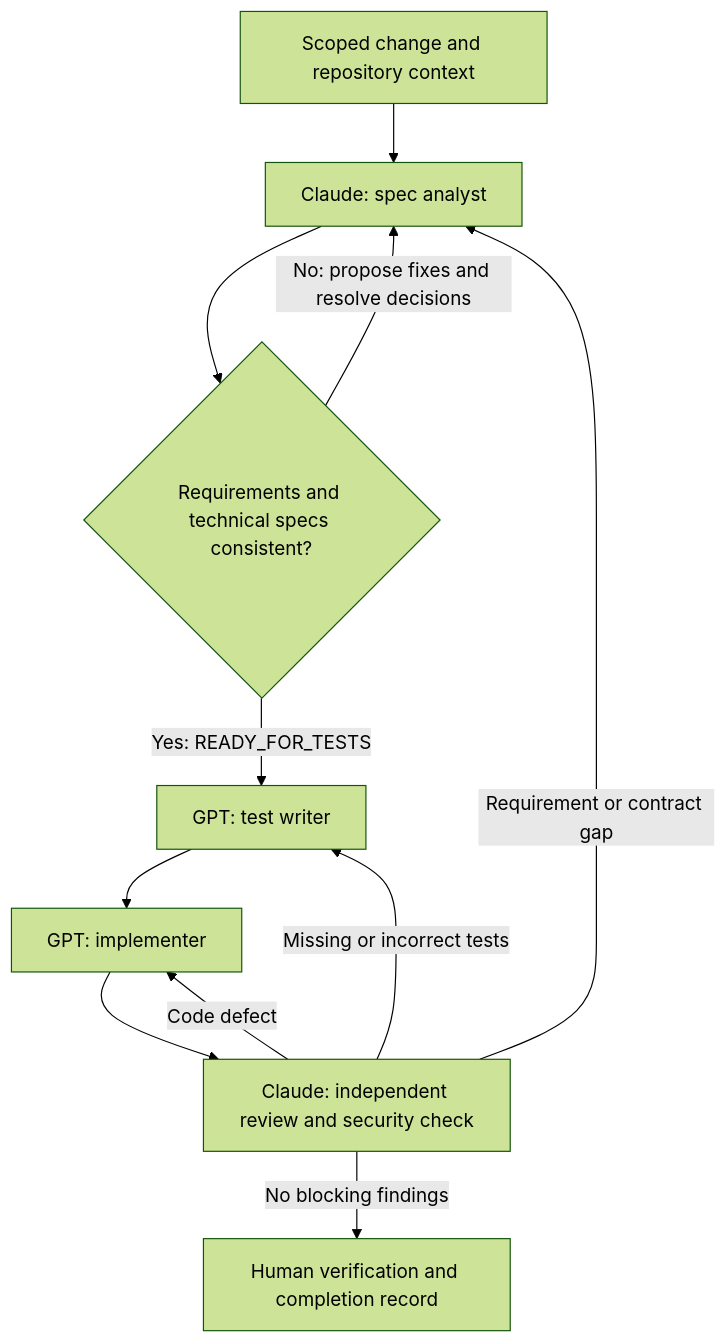
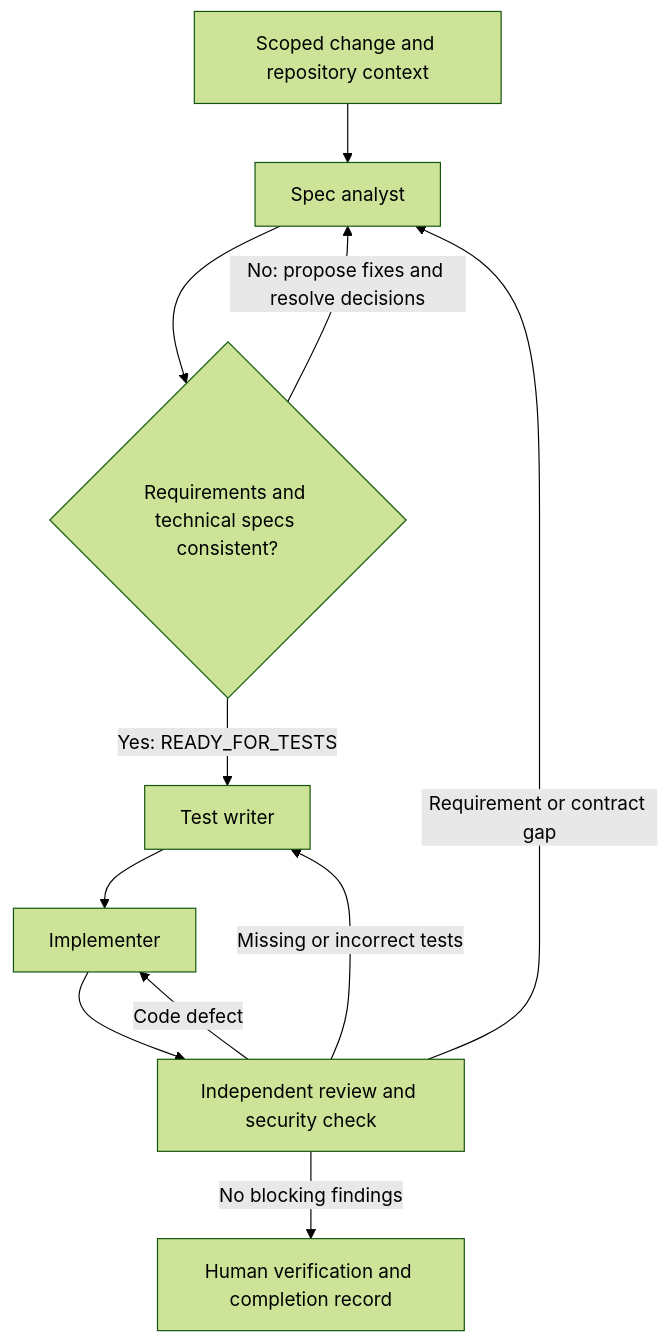
One commit to CS3227-2610-MP3-UniChope/CS3227-2610-MP3 changed the diagram in workflow/student/NOTE.md. Above: the diagram before and after it, drawn with Mermaid (forest theme). The commit also changed other lines of this file and 15 other files, not shown here.

````diff
--- a/workflow/student/NOTE.md
+++ b/workflow/student/NOTE.md
@@ -86,13 +86,13 @@
 ```mermaid
 flowchart TD
-    A[Scoped change and repository context] --> B[Claude: spec analyst]
+    A[Scoped change and repository context] --> B[Spec analyst]
     B --> C{Requirements and technical specs consistent?}
     C -->|No: propose fixes and resolve decisions| B
-    C -->|Yes: READY_FOR_TESTS| D[GPT: test writer]
-    D --> E[GPT: implementer]
-    E --> F[Claude: independent review and security check]
+    C -->|Yes: READY_FOR_TESTS| D[Test writer]
+    D --> E[Implementer]
+    E --> F[Independent review and security check]
     F -->|Code defect| E
     F -->|Missing or incorrect tests| D
     F -->|Requirement or contract gap| B
     F -->|No blocking findings| G[Human verification and completion record]
 ```
````
